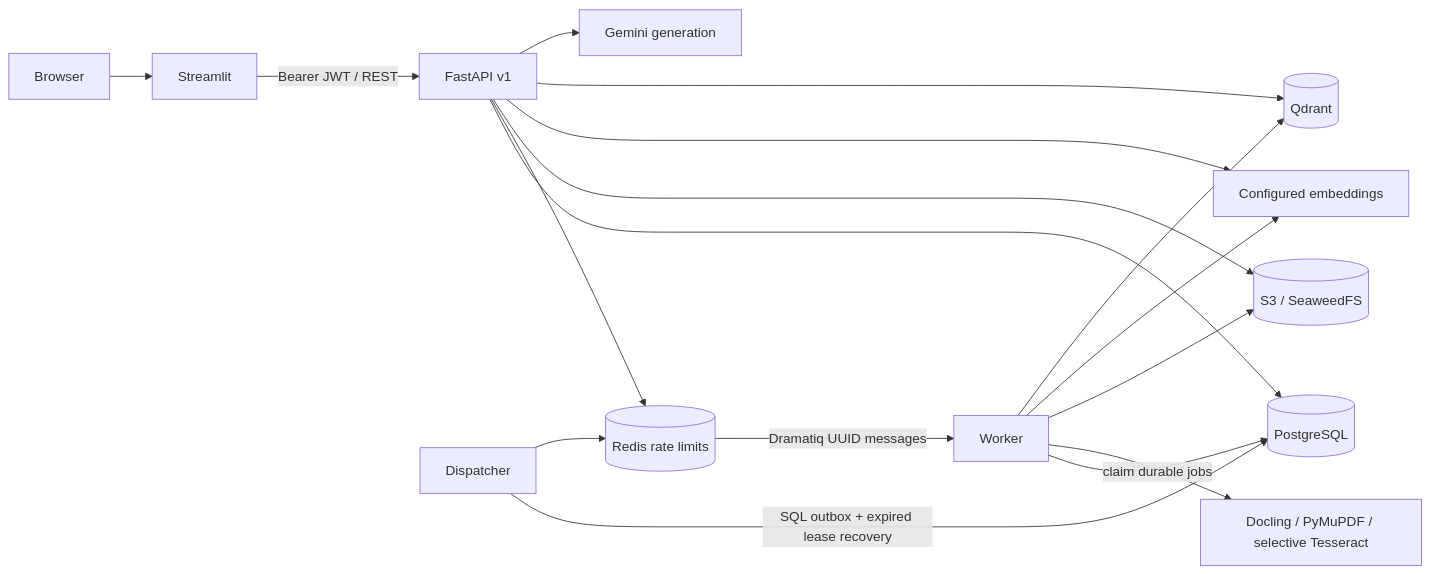
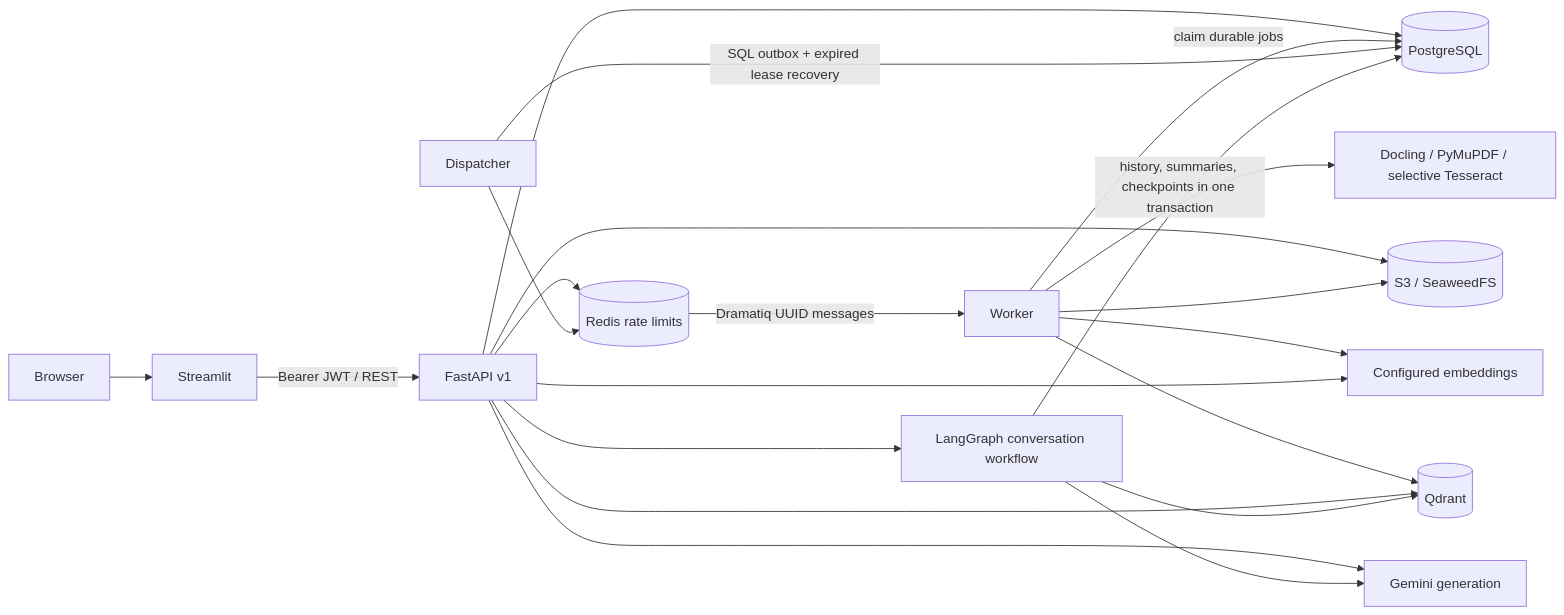
Before and after one commit to ShikharSingh7985/SmartRAGPro: the diagram in docs/architecture/system-design.md, drawn with Mermaid. The commit also changed other lines of this file and 35 other files, not shown here.

````diff
--- a/docs/architecture/system-design.md
+++ b/docs/architecture/system-design.md
@@ -13,19 +20,23 @@
 ```mermaid
 flowchart LR
     Browser --> Streamlit
     Streamlit -->|Bearer JWT / REST| API[FastAPI v1]
     API --> Postgres[(PostgreSQL)]
     API --> Redis[(Redis rate limits)]
     API --> S3[(S3 / SeaweedFS)]
     Worker -->|claim durable jobs| Postgres
     Dispatcher -->|SQL outbox + expired lease recovery| Postgres
     Dispatcher --> Redis
     Redis -->|Dramatiq UUID messages| Worker
     Worker --> Docling[Docling / PyMuPDF / selective Tesseract]
     Worker --> S3
     Worker --> Embeddings[Configured embeddings]
     Worker --> Qdrant[(Qdrant)]
     API --> Embeddings
     API --> Qdrant
     API --> Gemini[Gemini generation]
+    API --> Graph[LangGraph conversation workflow]
+    Graph -->|history, summaries, checkpoints in one transaction| Postgres
+    Graph --> Qdrant
+    Graph --> Gemini
 ```
````
